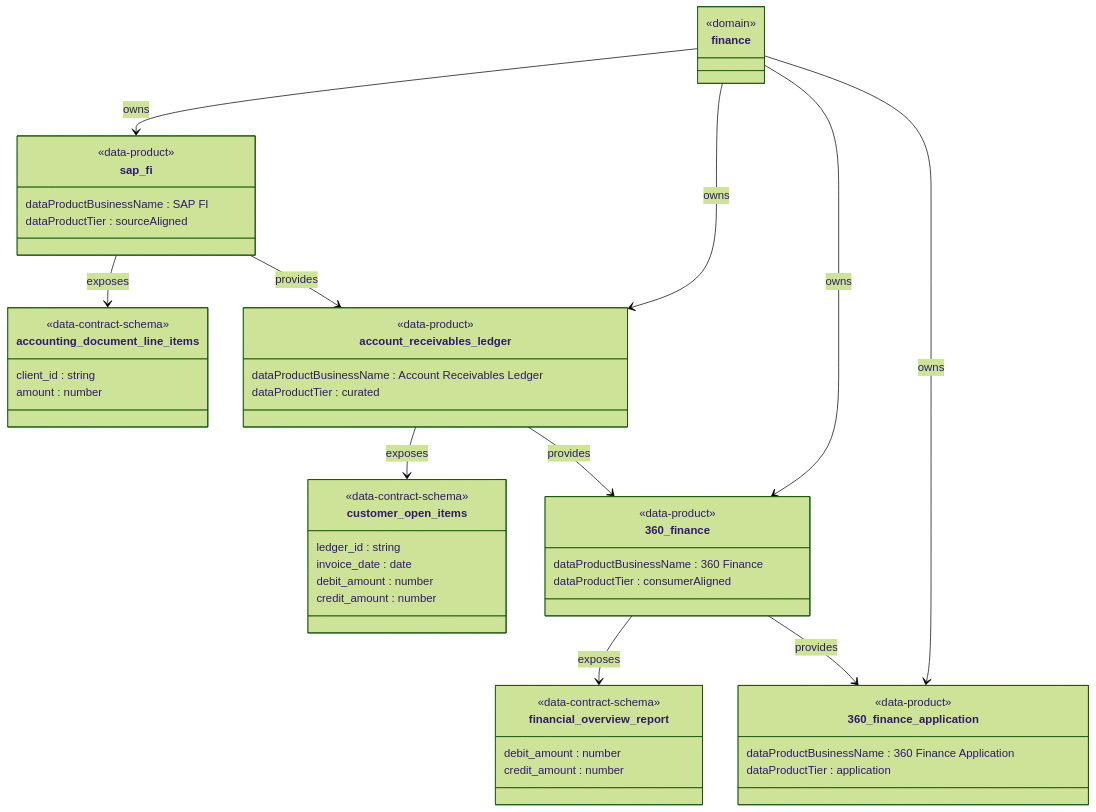
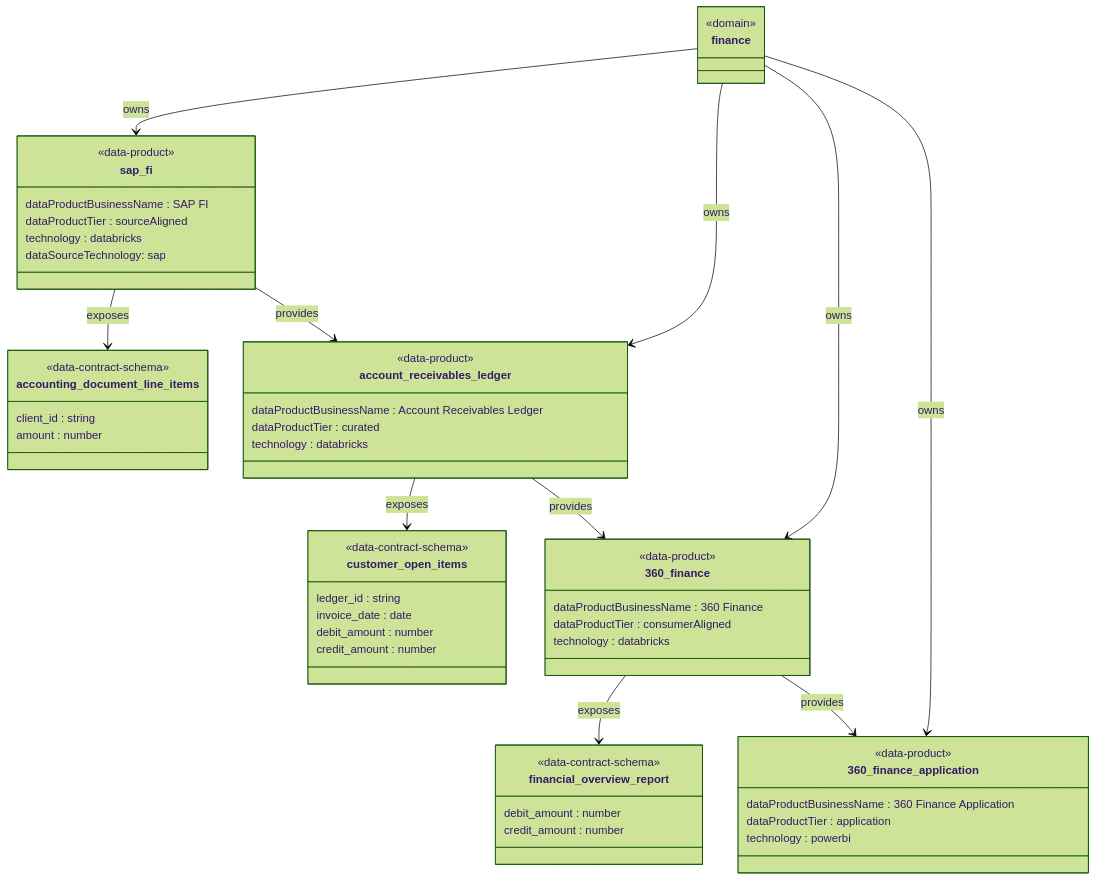
The diagram in packages/dmesh-cli/src/dmesh/cli/commands/testdata/testdata_finance_mermaid.md (dmesh-zone/dmesh-core), drawn with Mermaid (forest theme) before and after one commit. The commit also changed 1 other file, not shown here.

Commit message:
Enhanced testdata to autogenerate additional metadata

````diff
--- a/packages/dmesh-cli/src/dmesh/cli/commands/testdata/testdata_finance_mermaid.md
+++ b/packages/dmesh-cli/src/dmesh/cli/commands/testdata/testdata_finance_mermaid.md
@@ -1,58 +1,63 @@
 ```mermaid
 classDiagram
     %% DOMAIN
     class finance{
         <<domain>>
     }
     finance --> sap_fi: owns
     finance --> account_receivables_ledger : owns
     finance --> 360_finance: owns
     finance --> 360_finance_application: owns
     %% SOURCE ALIGNED DATA PRODUCT
     sap_fi --> accounting_document_line_items : exposes
     class sap_fi{
         <<data-product>>
         dataProductBusinessName : SAP FI
         dataProductTier : sourceAligned
+        technology : databricks
+        dataSourceTechnology: sap
     }
     class accounting_document_line_items{
         <<data-contract-schema>>
         client_id : string
         amount : number
     }
     %% CURATED DATA PRODUCT
     account_receivables_ledger --> customer_open_items : exposes
     class account_receivables_ledger{
         <<data-product>>
         dataProductBusinessName : Account Receivables Ledger
         dataProductTier : curated
+        technology : databricks
     }
     class customer_open_items {
         <<data-contract-schema>>
         ledger_id : string
         invoice_date : date
         debit_amount : number
         credit_amount : number
     }
     %% CONSUMER ALIGNED DATA PRODUCT
     360_finance --> financial_overview_report : exposes
     class 360_finance{
         <<data-product>>
         dataProductBusinessName : 360 Finance
         dataProductTier : consumerAligned
+        technology : databricks
     }
     class financial_overview_report{
         <<data-contract-schema>>
         debit_amount : number
         credit_amount : number
     }
     %% APPLICATION DATA PRODUCT
     class 360_finance_application {
         <<data-product>>
         dataProductBusinessName : 360 Finance Application
         dataProductTier : application
+        technology : powerbi
     }
     sap_fi --> account_receivables_ledger : provides
     account_receivables_ledger --> 360_finance: provides
     360_finance --> 360_finance_application : provides
 ```
````
